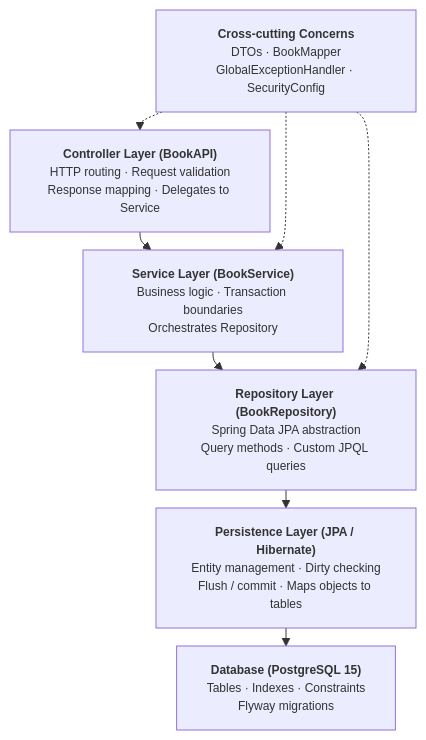
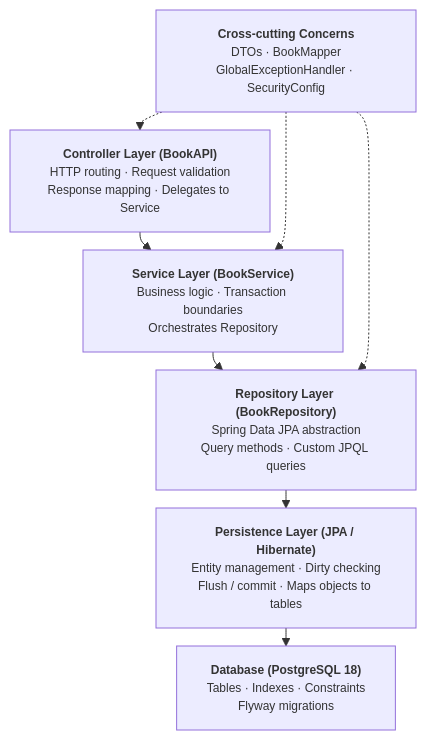
The second of 2 diagrams in README.md (kyledelfin2006/library-api-system), drawn with Mermaid before and after one commit. The commit also changed other lines of this file and 2 other files, not shown here.

````diff
--- a/README.md
+++ b/README.md
@@ -65,15 +65,15 @@
 ```mermaid
 %%{init: {"flowchart": {"nodeSpacing": 12, "rankSpacing": 18}, "themeVariables": {"fontSize": "12px"}}}%%
 flowchart TD
     C["<b>Controller Layer (BookAPI)</b><br/>HTTP routing · Request validation<br/>Response mapping · Delegates to Service"]
     S["<b>Service Layer (BookService)</b><br/>Business logic · Transaction boundaries<br/>Orchestrates Repository"]
     R["<b>Repository Layer (BookRepository)</b><br/>Spring Data JPA abstraction<br/>Query methods · Custom JPQL queries"]
     P["<b>Persistence Layer (JPA / Hibernate)</b><br/>Entity management · Dirty checking<br/>Flush / commit · Maps objects to tables"]
-    D["<b>Database (PostgreSQL 15)</b><br/>Tables · Indexes · Constraints<br/>Flyway migrations"]
+    D["<b>Database (PostgreSQL 18)</b><br/>Tables · Indexes · Constraints<br/>Flyway migrations"]
     X["<b>Cross-cutting Concerns</b><br/>DTOs · BookMapper<br/>GlobalExceptionHandler · SecurityConfig"]
 
     C --> S --> R --> P --> D
     X -.-> C
     X -.-> S
     X -.-> R
 ```
````
